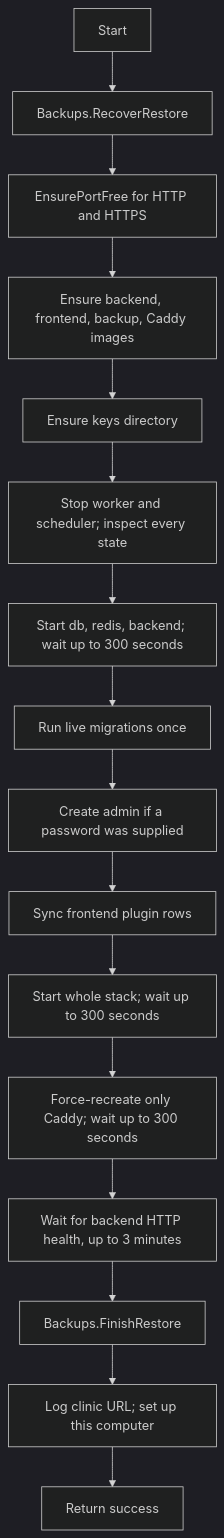
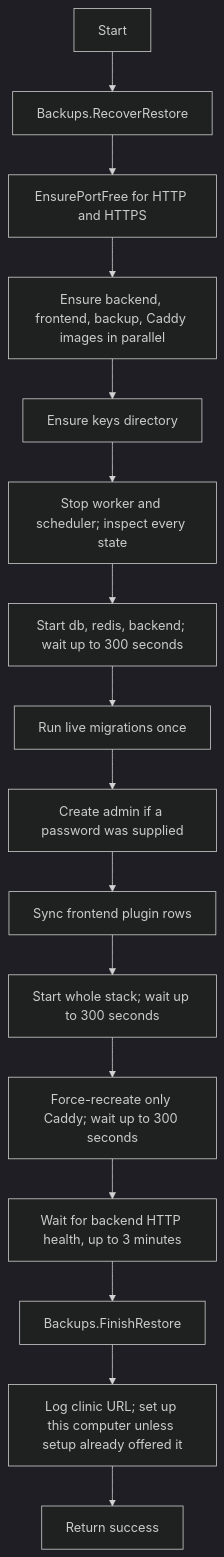
Before and after one commit to ohcnetwork/care_clinic: the sixth of 6 diagrams in docs/clinic-lifecycle.md, drawn with Mermaid (dark theme). The commit also changed other lines of this file and 17 other files, not shown here.

````diff
--- a/docs/clinic-lifecycle.md
+++ b/docs/clinic-lifecycle.md
@@ -769,18 +795,18 @@
 ```mermaid
 flowchart TD
     Begin["Start"] --> Recover["Backups.RecoverRestore"]
     Recover --> Ports["EnsurePortFree for HTTP and HTTPS"]
-    Ports --> Images["Ensure backend, frontend, backup, Caddy images"]
+    Ports --> Images["Ensure backend, frontend, backup, Caddy images in parallel"]
     Images --> Keys["Ensure keys directory"]
     Keys --> Pause["Stop worker and scheduler; inspect every state"]
     Pause --> Core["Start db, redis, backend; wait up to 300 seconds"]
     Core --> Migrate["Run live migrations once"]
     Migrate --> Admin["Create admin if a password was supplied"]
     Admin --> Plugins["Sync frontend plugin rows"]
     Plugins --> All["Start whole stack; wait up to 300 seconds"]
     All --> Proxy["Force-recreate only Caddy; wait up to 300 seconds"]
     Proxy --> Health["Wait for backend HTTP health, up to 3 minutes"]
     Health --> Finish["Backups.FinishRestore"]
-    Finish --> Local["Log clinic URL; set up this computer"]
+    Finish --> Local["Log clinic URL; set up this computer unless setup already offered it"]
     Local --> Done["Return success"]
 ```
````
